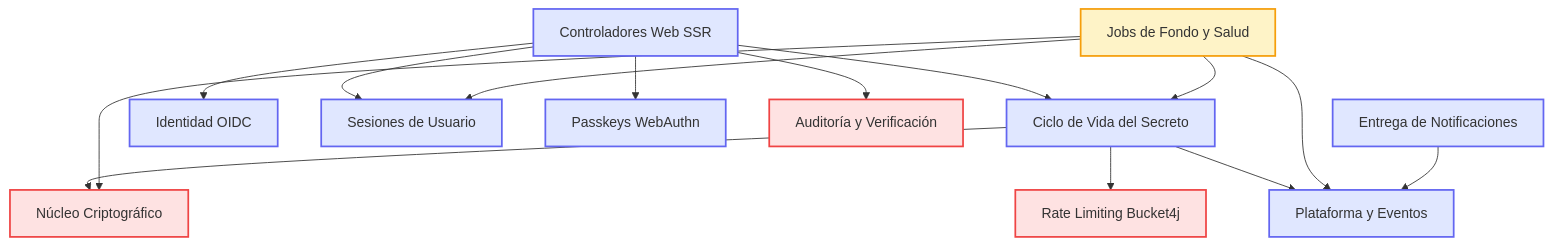
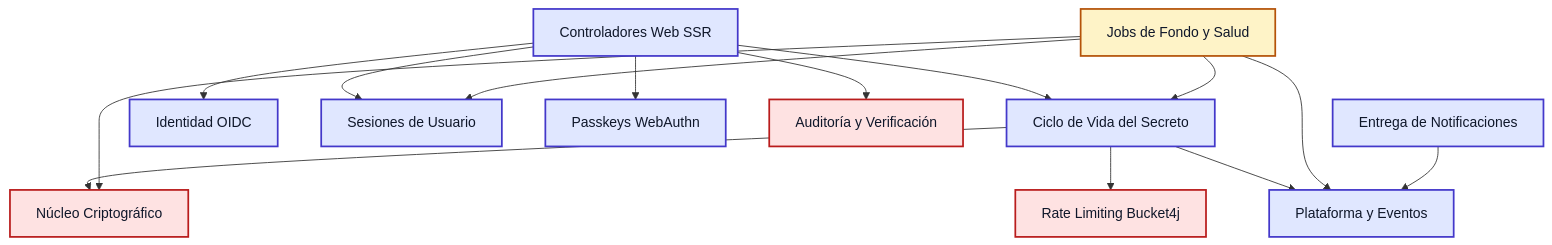
One commit to CharlyZeta/BurnBox changed the first of 3 diagrams in README.es.md. Above: the diagram before and after it, drawn with Mermaid. The commit also changed 1 other file, not shown here.

Commit message:
style(docs): fix Mermaid module diagram text contrast in dark/light modes

````diff
--- a/README.es.md
+++ b/README.es.md
@@ -122,23 +122,23 @@
 ```mermaid
 graph TD
-    classDef security fill:#fee2e2,stroke:#ef4444,stroke-width:2px;
-    classDef core fill:#e0e7ff,stroke:#6366f1,stroke-width:2px;
-    classDef ops fill:#fef3c7,stroke:#f59e0b,stroke-width:2px;
+    classDef security fill:#fee2e2,stroke:#b91c1c,stroke-width:2px,color:#0f172a;
+    classDef core fill:#e0e7ff,stroke:#4338ca,stroke-width:2px,color:#0f172a;
+    classDef ops fill:#fef3c7,stroke:#b45309,stroke-width:2px,color:#0f172a;
 
     web[Controladores Web SSR]:::core --> secret[Ciclo de Vida del Secreto]:::core
     web --> identity[Identidad OIDC]:::core
     web --> session[Sesiones de Usuario]:::core
     web --> passkey[Passkeys WebAuthn]:::core
     web --> audit[Auditoría y Verificación]:::security
 
     secret --> crypto[Núcleo Criptográfico]:::security
     secret --> ratelimit[Rate Limiting Bucket4j]:::security
     secret --> platform[Plataforma y Eventos]:::core
 
     ops[Jobs de Fondo y Salud]:::ops --> secret
     ops --> crypto
     ops --> session
     ops --> platform
 
     notification[Entrega de Notificaciones]:::core --> platform
 ```
````
